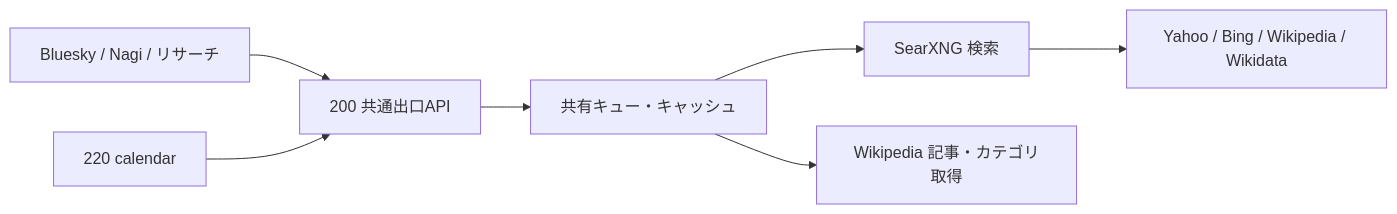
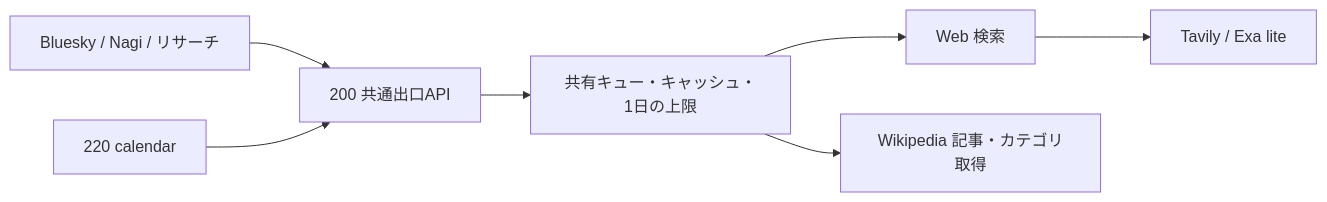
The diagram in docs/search-egress.md (suibari/bot-tan-core), drawn with Mermaid before and after one commit. The commit also changed other lines of this file and 24 other files, not shown here.

````diff
--- a/docs/search-egress.md
+++ b/docs/search-egress.md
@@ -6,9 +7,9 @@
 ```mermaid
 flowchart LR
   B[Bluesky / Nagi / リサーチ] --> G[200 共通出口API]
   C[220 calendar] --> G
-  G --> Q[共有キュー・キャッシュ]
-  Q --> S[SearXNG 検索]
+  G --> Q[共有キュー・キャッシュ・1日の上限]
+  Q --> S[Web 検索]
   Q --> W[Wikipedia 記事・カテゴリ取得]
-  S --> E[Yahoo / Bing / Wikipedia / Wikidata]
+  S --> E[Tavily / Exa lite]
 ```
````
